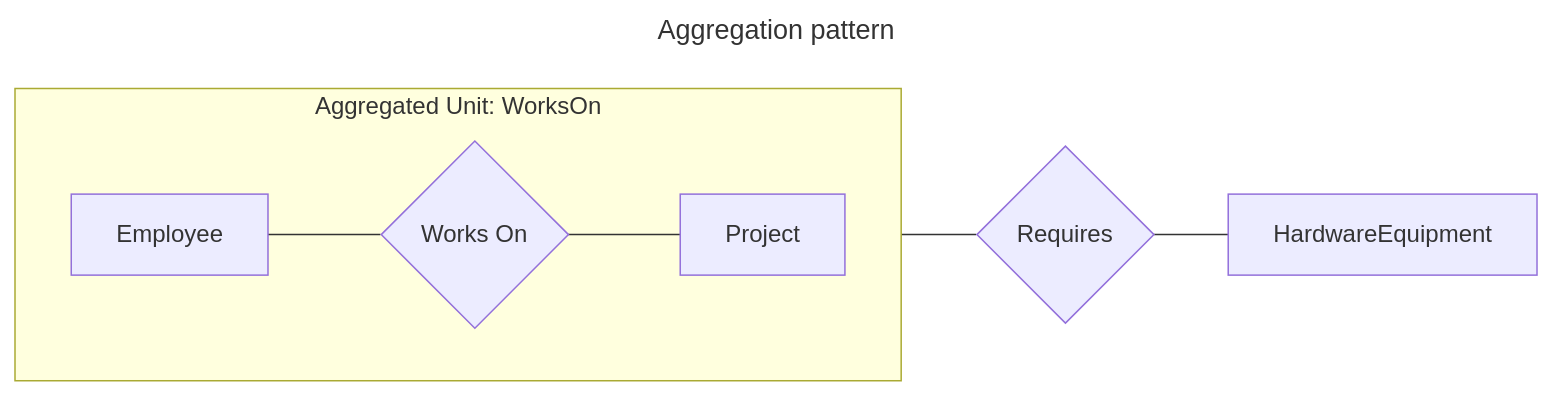
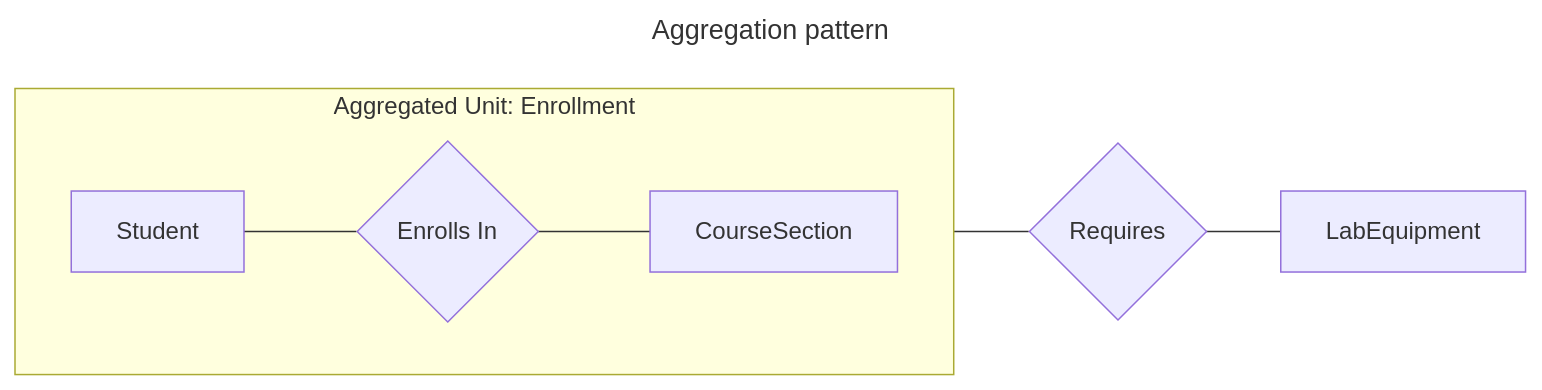
One commit to VineethChivukula/dedocs changed the eighth of 10 diagrams in content/modeling/entities-attributes-and-relationships.md. Above: the diagram before and after it, drawn with Mermaid. The commit also changed other lines of this file and 26 other files, not shown here.

````diff
--- a/content/modeling/entities-attributes-and-relationships.md
+++ b/content/modeling/entities-attributes-and-relationships.md
@@ -312,12 +316,12 @@
 ```mermaid
 ---
 title: Aggregation pattern
 ---
 flowchart LR
-    subgraph Assignment ["Aggregated Unit: WorksOn"]
+    subgraph Assignment ["Aggregated Unit: Enrollment"]
         direction LR
-        Employee[Employee] --- WorksOn{Works On} --- Project[Project]
+        Student[Student] --- Enrolls{Enrolls In} --- Section[CourseSection]
     end
 
-    Assignment --- Requires{Requires} --- Equipment[HardwareEquipment]
+    Assignment --- Requires{Requires} --- Equipment[LabEquipment]
 ```
````
